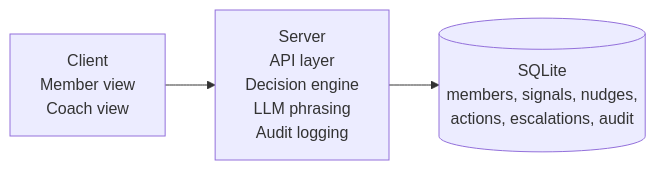
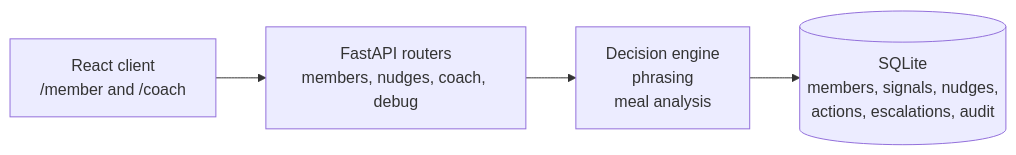
One commit to teekamchandmandan/context-aware-health-nudge changed the diagram in docs/plan.md. Above: the diagram before and after it, drawn with Mermaid. The commit also changed other lines of this file and 6 other files, not shown here.

Commit message:
Refactor phrasing and meal analysis modules to utilize centralized OpenAI chat functions

````diff
--- a/docs/plan.md
+++ b/docs/plan.md
@@ -60,9 +58,11 @@
 ```mermaid
 flowchart LR
-    Client["Client<br/>Member view<br/>Coach view"]
-    Server["Server<br/>API layer<br/>Decision engine<br/>LLM phrasing<br/>Audit logging"]
+    Client["React client<br/>/member and /coach"]
+    API["FastAPI routers<br/>members, nudges, coach, debug"]
+    Engine["Decision engine<br/>phrasing<br/>meal analysis"]
     Data[("SQLite<br/>members, signals, nudges,<br/>actions, escalations, audit")]
 
-    Client --> Server
-    Server --> Data
+    Client --> API
+    API --> Engine
+    Engine --> Data
 ```
````
